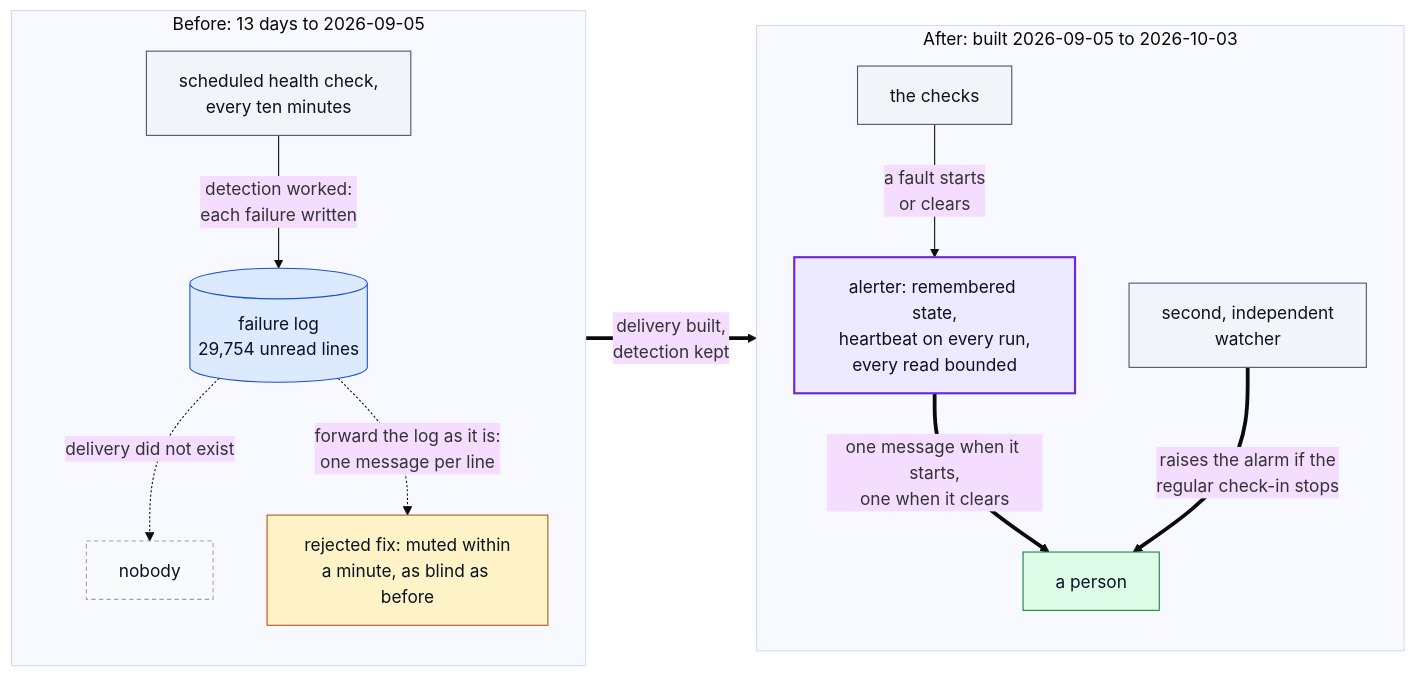
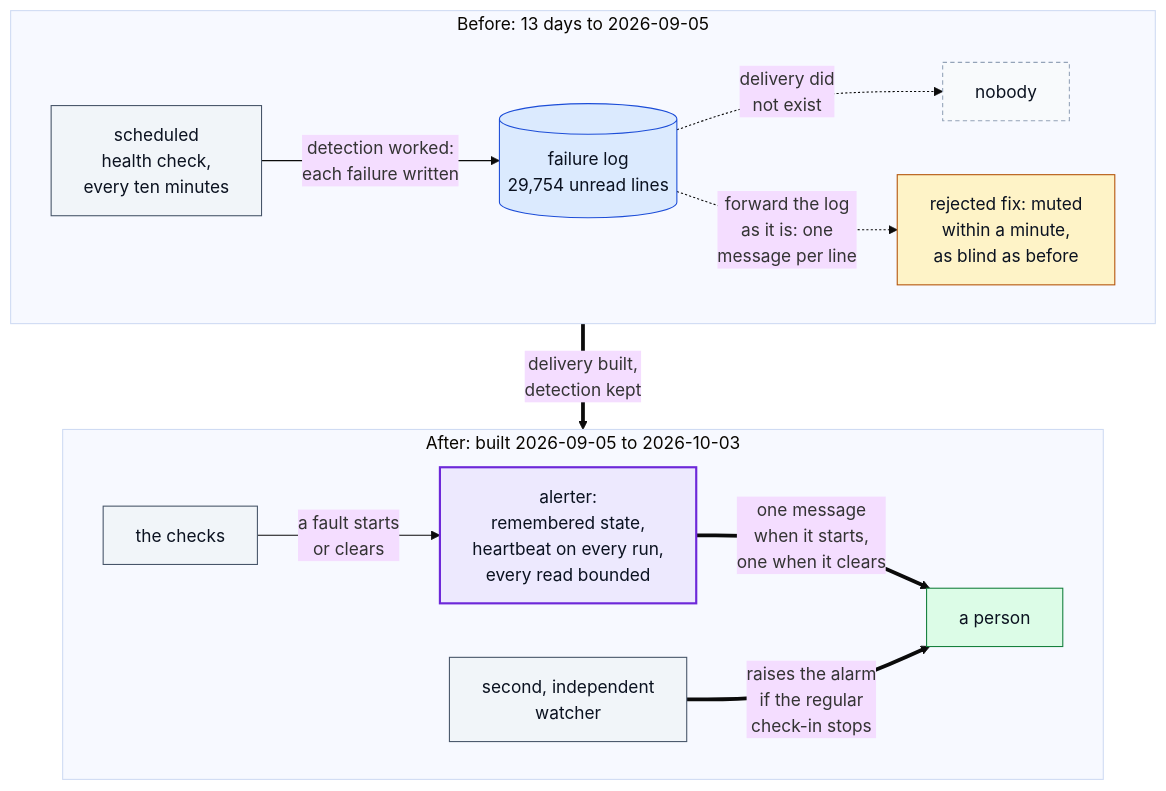
One commit to hihihhi/qts-platform-showcase changed the diagram in docs/reliability.md. Above: the diagram before and after it, drawn with Mermaid (base theme). The commit also changed 3 other files, not shown here.

Commit message:
docs: make diagrams legible at README width

````diff
--- a/docs/reliability.md
+++ b/docs/reliability.md
@@ -56,37 +56,37 @@
 ```mermaid
-flowchart LR
+flowchart TB
     subgraph before["Before: 13 days to 2026-09-05"]
-        direction TB
-        hc1["scheduled health check,<br/>every ten minutes"]
+        direction LR
+        hc1["scheduled<br/>health check,<br/>every ten minutes"]
         log1[("failure log<br/>29,754 unread lines")]
         nob["nobody"]
-        rej["rejected fix: muted within<br/>a minute, as blind as before"]
+        rej["rejected fix: muted<br/>within a minute,<br/>as blind as before"]
         hc1 -->|"detection worked:<br/>each failure written"| log1
-        log1 -.->|"delivery did not exist"| nob
-        log1 -.->|"forward the log as it is:<br/>one message per line"| rej
+        log1 -.->|"delivery did<br/>not exist"| nob
+        log1 -.->|"forward the log<br/>as it is: one<br/>message per line"| rej
     end
     subgraph after["After: built 2026-09-05 to 2026-10-03"]
-        direction TB
+        direction LR
         hc2["the checks"]
-        al["alerter: remembered state,<br/>heartbeat on every run,<br/>every read bounded"]
+        al["alerter:<br/>remembered state,<br/>heartbeat on every run,<br/>every read bounded"]
         wat["second, independent<br/>watcher"]
         per["a person"]
         hc2 -->|"a fault starts<br/>or clears"| al
-        al ==>|"one message when it starts,<br/>one when it clears"| per
-        wat ==>|"raises the alarm if the<br/>regular check-in stops"| per
+        al ==>|"one message<br/>when it starts,<br/>one when it clears"| per
+        wat ==>|"raises the alarm<br/>if the regular<br/>check-in stops"| per
     end
     before ==>|"delivery built,<br/>detection kept"| after
     classDef data fill:#dbeafe,stroke:#1d4ed8,color:#0b1220
     classDef step fill:#f1f5f9,stroke:#475569,color:#0b1220
     classDef gate fill:#fef3c7,stroke:#b45309,color:#0b1220
     classDef out  fill:#dcfce7,stroke:#15803d,color:#0b1220
     classDef ext  fill:#f8fafc,stroke:#94a3b8,color:#0b1220,stroke-dasharray:4 3
     classDef key  fill:#ede9fe,stroke:#6d28d9,color:#0b1220,stroke-width:2px
     class hc1,hc2 step
     class log1 data
     class nob ext
     class rej gate
     class al key
     class wat step
     class per out
 ```
````
